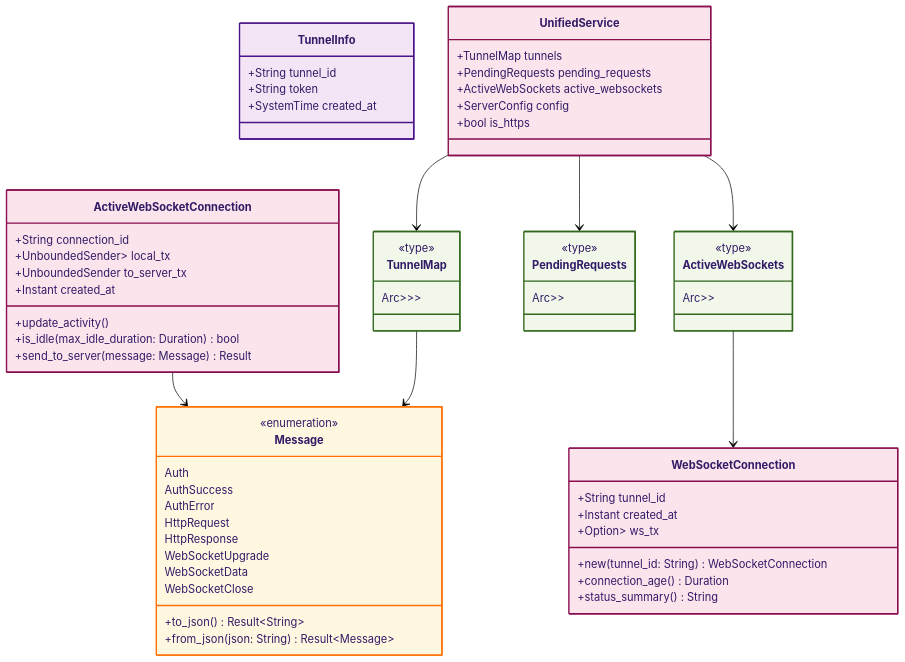
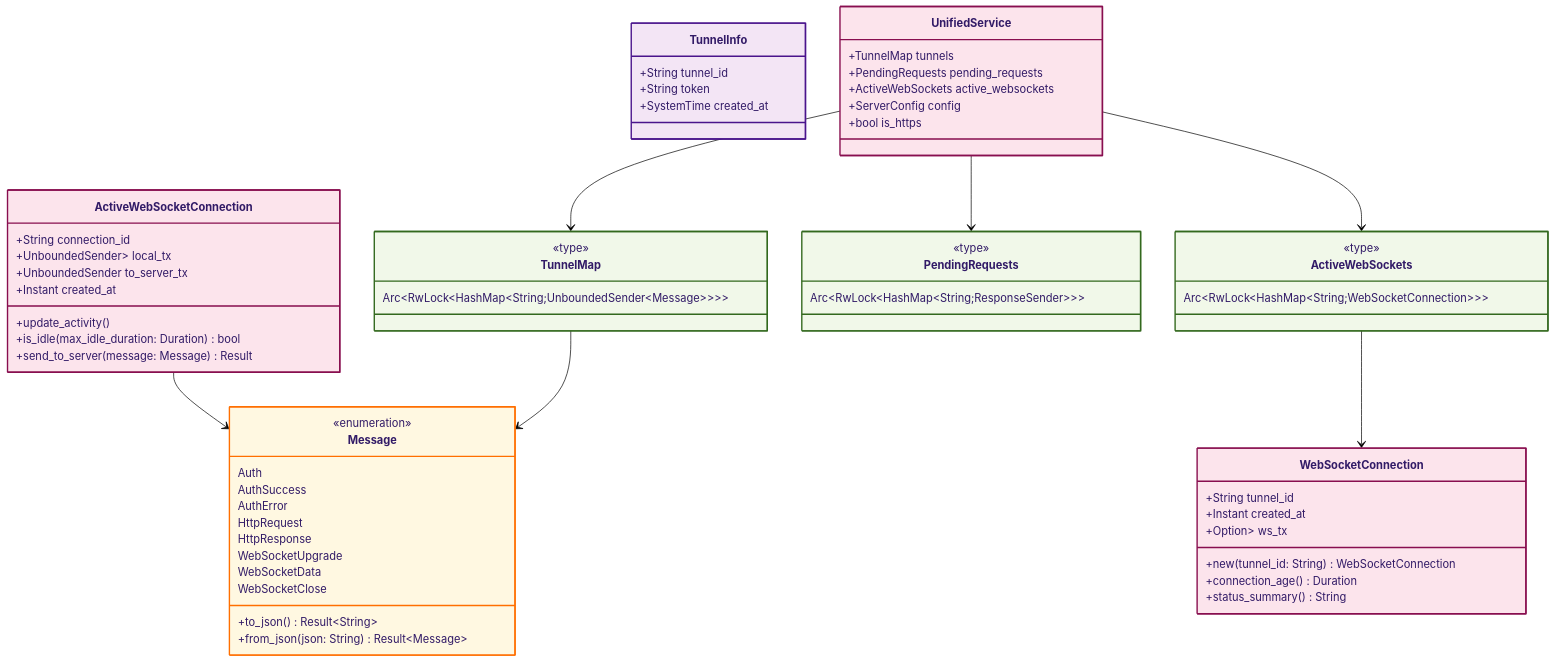
One commit to arch7tect/exposeme changed the third of 3 diagrams in docs/exposeme_class_diagram.md. Above: the diagram before and after it, drawn with Mermaid (forest theme). The commit also changed other lines of this file, not shown here.

````diff
--- a/docs/exposeme_class_diagram.md
+++ b/docs/exposeme_class_diagram.md
@@ -200,78 +200,78 @@
 ```mermaid
 classDiagram
     class Message:::enums {
         <<enumeration>>
         Auth
         AuthSuccess
         AuthError
         HttpRequest
         HttpResponse
         WebSocketUpgrade
         WebSocketData
         WebSocketClose
         +to_json() Result~String~
         +from_json(json: String) Result~Message~
     }
 
     class TunnelInfo:::protocol {
         +String tunnel_id
         +String token
         +SystemTime created_at
     }
 
     class UnifiedService:::service {
         +TunnelMap tunnels
         +PendingRequests pending_requests
         +ActiveWebSockets active_websockets
         +ServerConfig config
         +bool is_https
     }
 
     class WebSocketConnection:::service {
         +String tunnel_id
         +Instant created_at
         +Option<UnboundedSender<WsMessage>> ws_tx
         +new(tunnel_id: String) WebSocketConnection
         +connection_age() Duration
         +status_summary() String
     }
 
     class ActiveWebSocketConnection:::service {
         +String connection_id
         +UnboundedSender<Vec<u8>> local_tx
         +UnboundedSender<Message> to_server_tx
         +Instant created_at
         +update_activity()
         +is_idle(max_idle_duration: Duration) bool
         +send_to_server(message: Message) Result
     }
 
     class TunnelMap:::types {
         <<type>>
-        Arc<RwLock<HashMap<String, UnboundedSender<Message>>>>
+        Arc~RwLock~HashMap~String;UnboundedSender~Message~~~~
     }
 
     class PendingRequests:::types {
         <<type>>
-        Arc<RwLock<HashMap<String, ResponseSender>>>
+        Arc~RwLock~HashMap~String;ResponseSender~~~
     }
 
     class ActiveWebSockets:::types {
         <<type>>
-        Arc<RwLock<HashMap<String, WebSocketConnection>>>
+        Arc~RwLock~HashMap~String;WebSocketConnection~~~
     }
 
-    %% Relationships
+%% Relationships
     UnifiedService --> TunnelMap
     UnifiedService --> PendingRequests
     UnifiedService --> ActiveWebSockets
     ActiveWebSockets --> WebSocketConnection
     ActiveWebSocketConnection --> Message
     TunnelMap --> Message
 
-    %% Styling
-    classDef protocol fill:#f3e5f5,stroke:#4a148c,stroke-width:2px;
-    classDef service fill:#fce4ec,stroke:#880e4f,stroke-width:2px;
-    classDef types fill:#f1f8e9,stroke:#33691e,stroke-width:2px;
-    classDef enums fill:#fff8e1,stroke:#ff6f00,stroke-width:2px;
+%% Styling
+classDef protocol fill:#f3e5f5,stroke:#4a148c,stroke-width:2px;
+classDef service fill:#fce4ec,stroke:#880e4f,stroke-width:2px;
+classDef types fill:#f1f8e9,stroke:#33691e,stroke-width:2px;
+classDef enums fill:#fff8e1,stroke:#ff6f00,stroke-width:2px;
 ```
````
